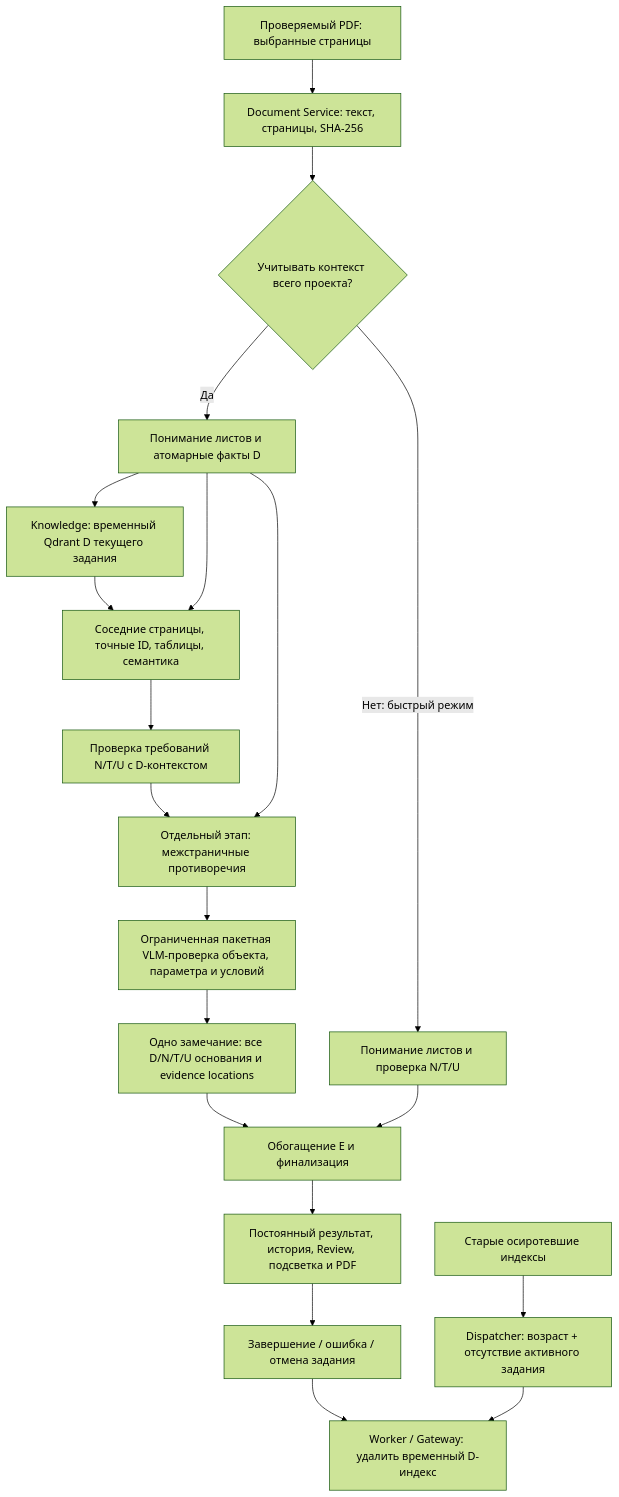
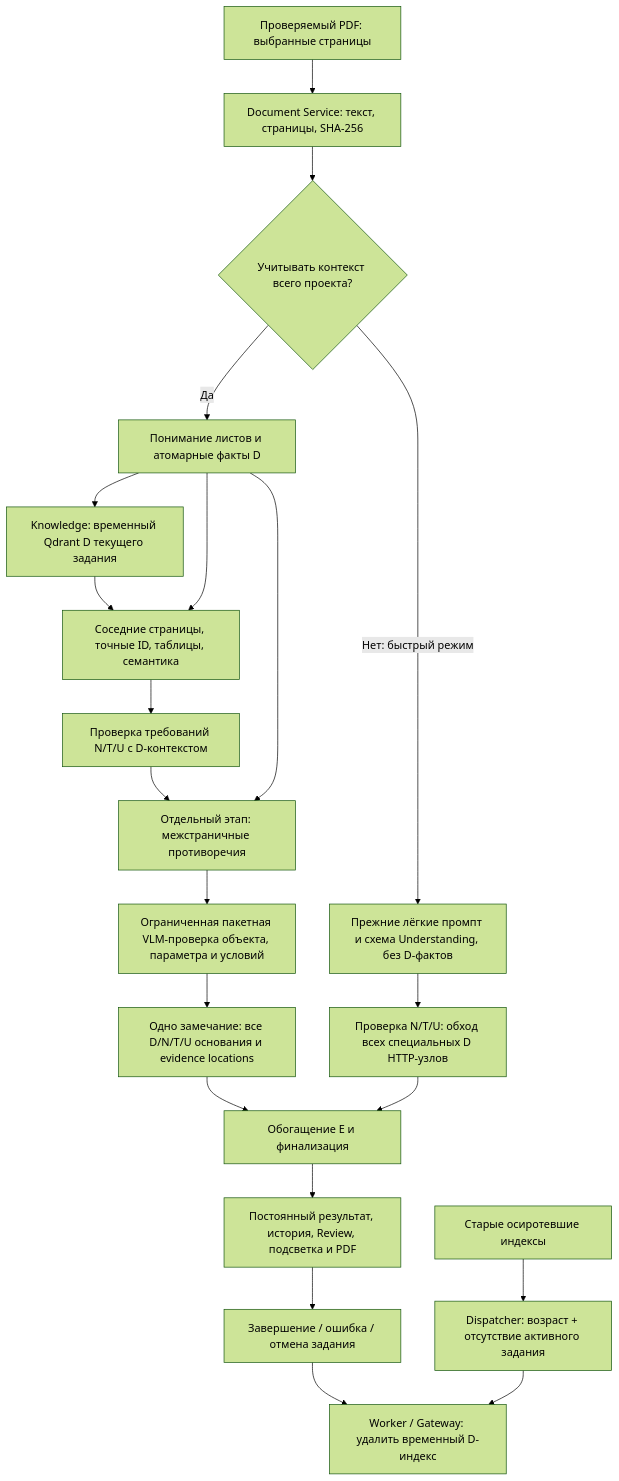
One commit to Amadu-A/PDRD-validation changed the fifth of 32 diagrams in README.md. Above: the diagram before and after it, drawn with Mermaid (forest theme). The commit also changed other lines of this file and 20 other files, not shown here.

````diff
--- a/README.md
+++ b/README.md
@@ -283,22 +283,23 @@
 ```mermaid
 flowchart TD
     PDF["Проверяемый PDF: выбранные страницы"] --> EXTRACT["Document Service: текст, страницы, SHA-256"]
     EXTRACT --> MODE{"Учитывать контекст всего проекта?"}
-    MODE -->|Нет: быстрый режим| LOCAL["Понимание листов и проверка N/T/U"]
+    MODE -->|Нет: быстрый режим| LIGHT["Прежние лёгкие промпт и схема Understanding, без D-фактов"]
+    LIGHT --> LOCAL["Проверка N/T/U: обход всех специальных D HTTP-узлов"]
     MODE -->|Да| UNDERSTAND["Понимание листов и атомарные факты D"]
     UNDERSTAND --> INDEX["Knowledge: временный Qdrant D текущего задания"]
     INDEX --> SEARCH["Соседние страницы, точные ID, таблицы, семантика"]
     UNDERSTAND --> SEARCH
     SEARCH --> PAGECHECK["Проверка требований N/T/U с D-контекстом"]
     PAGECHECK --> CROSS["Отдельный этап: межстраничные противоречия"]
     UNDERSTAND --> CROSS
     CROSS --> VALIDATE["Ограниченная пакетная VLM-проверка объекта, параметра и условий"]
     VALIDATE --> GROUP["Одно замечание: все D/N/T/U основания и evidence locations"]
     GROUP --> FINAL["Обогащение E и финализация"]
     LOCAL --> FINAL
     FINAL --> SAVE["Постоянный результат, история, Review, подсветка и PDF"]
     SAVE --> END["Завершение / ошибка / отмена задания"]
     END --> CLEAN["Worker / Gateway: удалить временный D-индекс"]
     ORPHAN["Старые осиротевшие индексы"] --> SWEEP["Dispatcher: возраст + отсутствие активного задания"]
     SWEEP --> CLEAN
 ```
````
